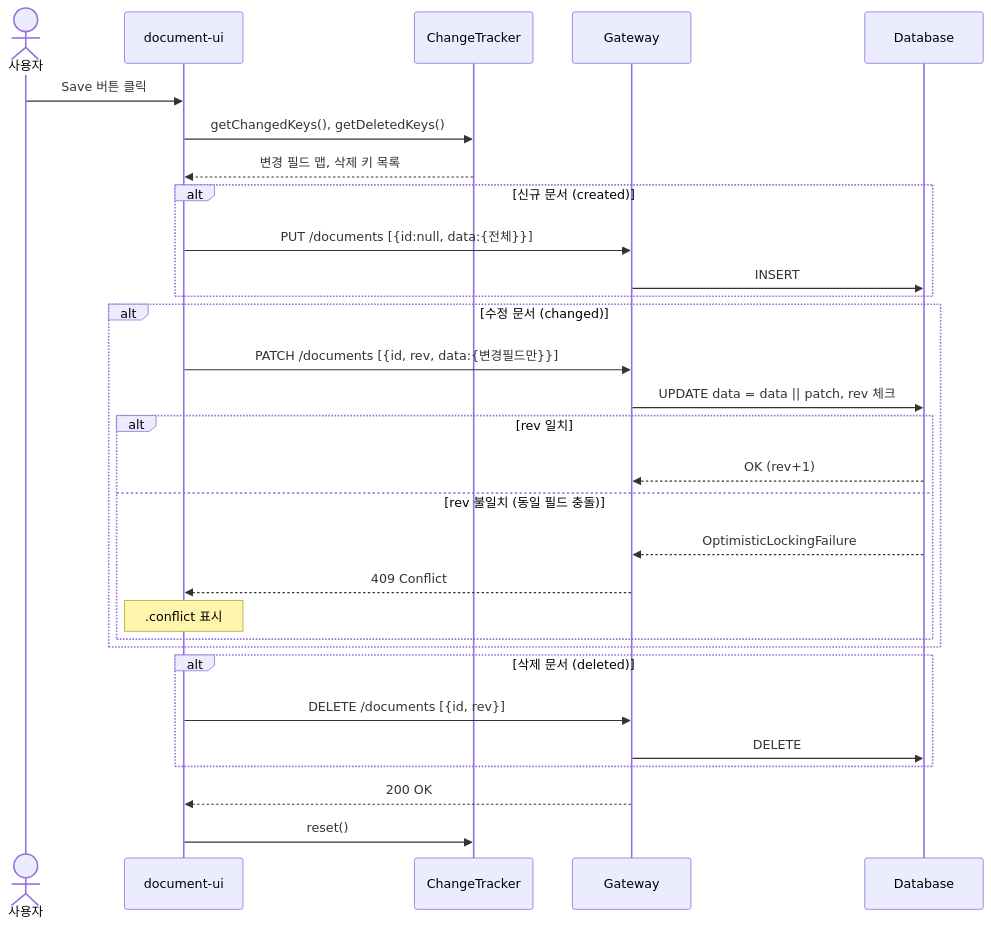
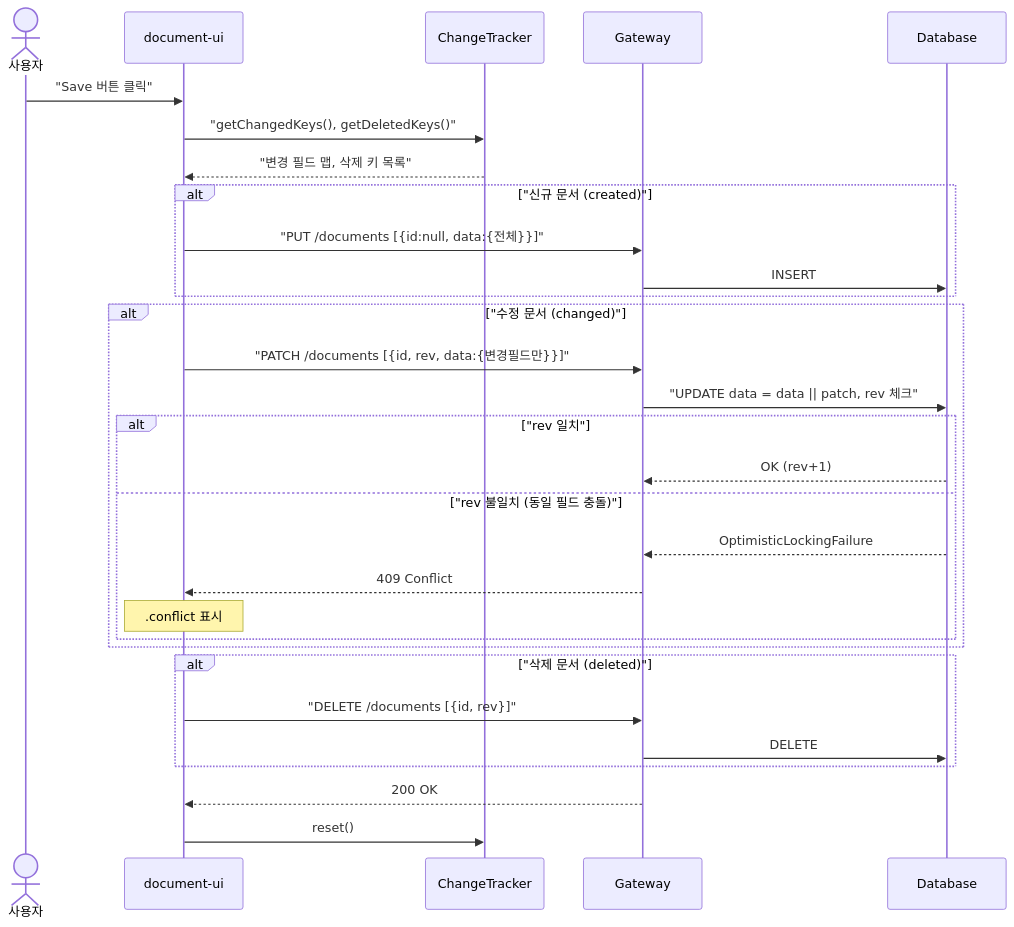
The sixth of 9 diagrams in document-ui/USECASE.md (sayaya1090/handbook), drawn with Mermaid before and after one commit. The commit also changed other lines of this file and 22 other files, not shown here.

First line of the commit message:
docs: Mermaid 다이어그램 렌더링 오류 수정을 위한 구문 전수 교정

````diff
--- a/document-ui/USECASE.md
+++ b/document-ui/USECASE.md
@@ -186,35 +186,35 @@
 ```mermaid
 sequenceDiagram
     actor User as 사용자
     participant UI as document-ui
     participant CT as ChangeTracker
     participant GW as Gateway
     participant DB as Database
 
-    User->>UI: Save 버튼 클릭
-    UI->>CT: getChangedKeys(), getDeletedKeys()
-    CT-->>UI: 변경 필드 맵, 삭제 키 목록
+    User->>UI: "Save 버튼 클릭"
+    UI->>CT: "getChangedKeys(), getDeletedKeys()"
+    CT-->>UI: "변경 필드 맵, 삭제 키 목록"
 
-    alt 신규 문서 (created)
-        UI->>GW: PUT /documents [{id:null, data:{전체}}]
+    alt "신규 문서 (created)"
+        UI->>GW: "PUT /documents [{id:null, data:{전체}}]"
         GW->>DB: INSERT
     end
-    alt 수정 문서 (changed)
-        UI->>GW: PATCH /documents [{id, rev, data:{변경필드만}}]
-        GW->>DB: UPDATE data = data || patch, rev 체크
-        alt rev 일치
+    alt "수정 문서 (changed)"
+        UI->>GW: "PATCH /documents [{id, rev, data:{변경필드만}}]"
+        GW->>DB: "UPDATE data = data || patch, rev 체크"
+        alt "rev 일치"
             DB-->>GW: OK (rev+1)
-        else rev 불일치 (동일 필드 충돌)
+        else "rev 불일치 (동일 필드 충돌)"
             DB-->>GW: OptimisticLockingFailure
             GW-->>UI: 409 Conflict
             Note over UI: .conflict 표시
         end
     end
-    alt 삭제 문서 (deleted)
-        UI->>GW: DELETE /documents [{id, rev}]
+    alt "삭제 문서 (deleted)"
+        UI->>GW: "DELETE /documents [{id, rev}]"
         GW->>DB: DELETE
     end
 
     GW-->>UI: 200 OK
     UI->>CT: reset()
 ```
````
